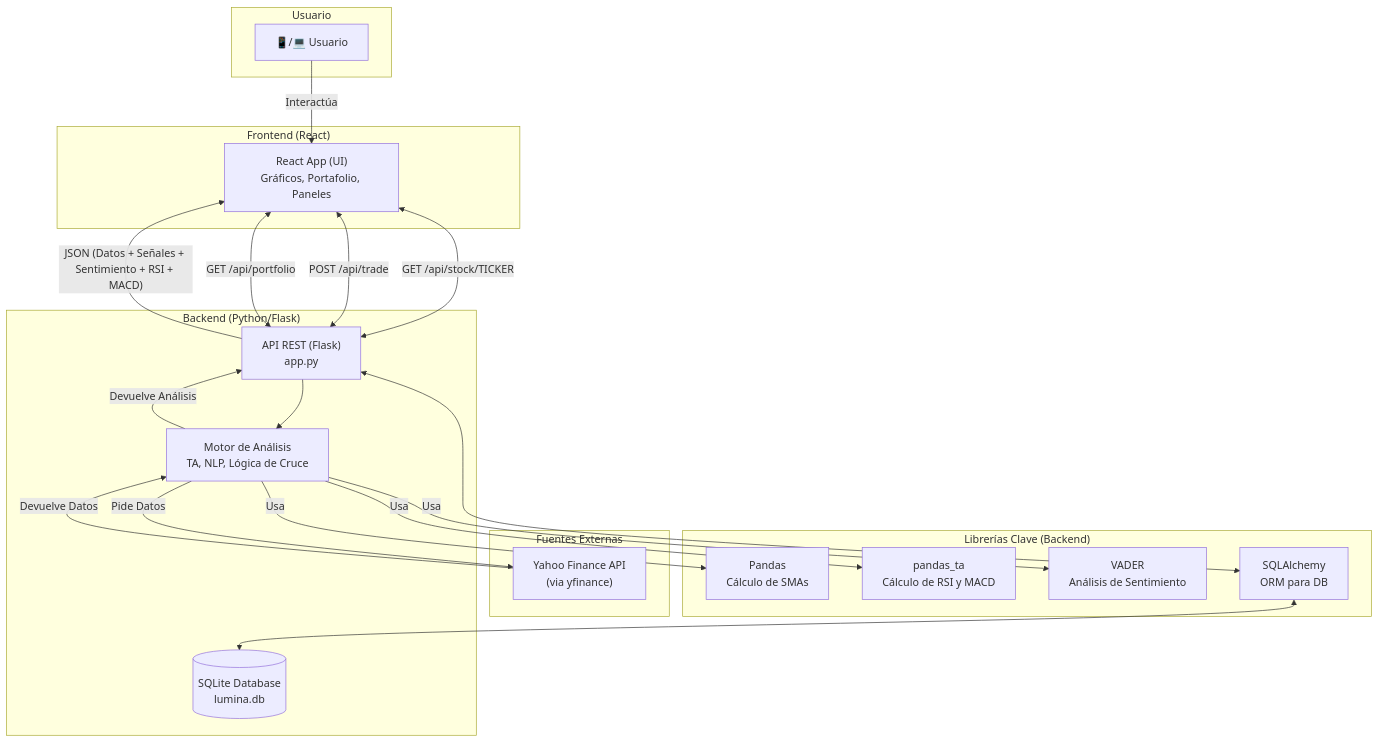
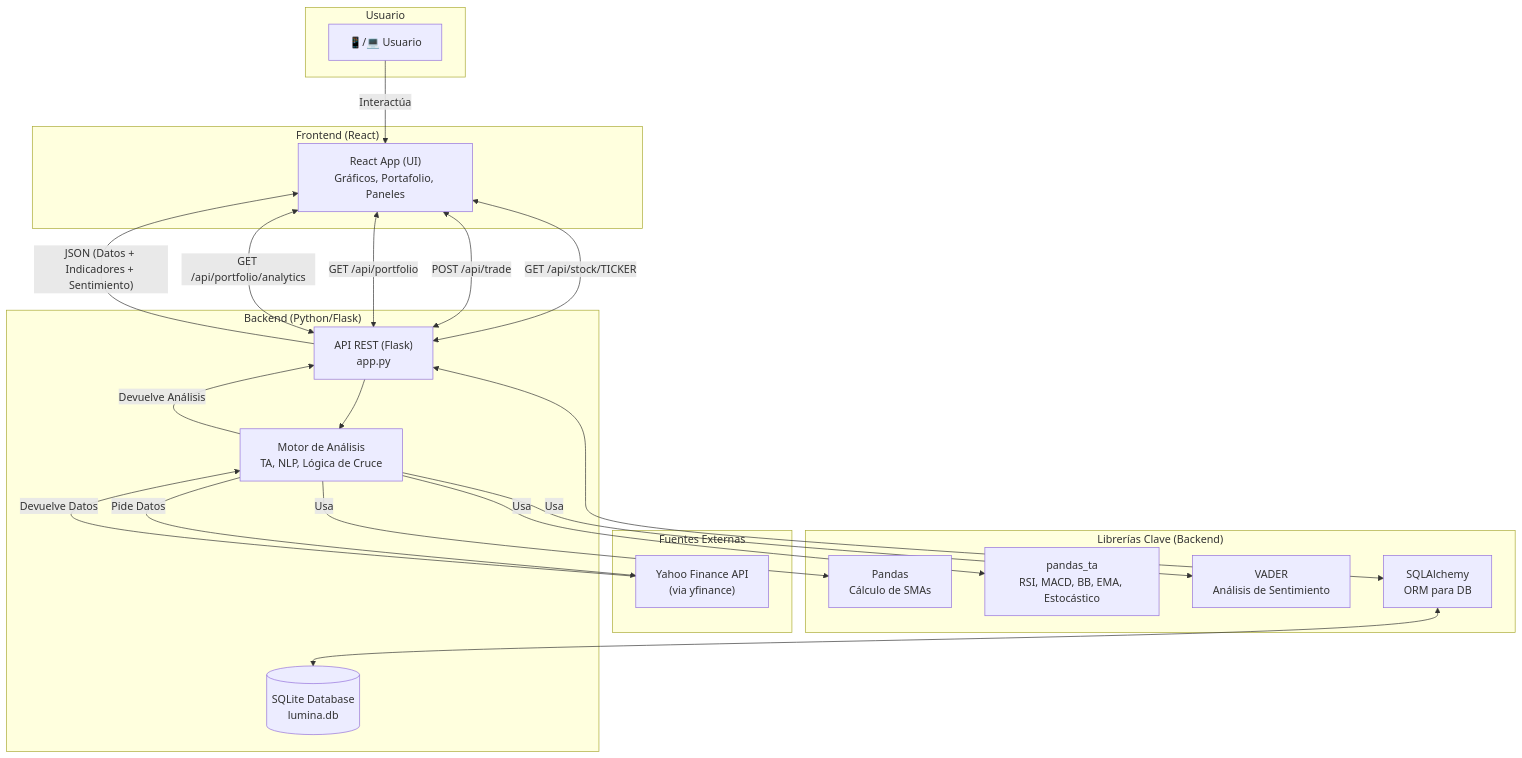
Before and after one commit to franjavi-upct-es/lumina_project: the first of 2 diagrams in README.md, drawn with Mermaid. The commit also changed other lines of this file and 23 other files, not shown here.

````diff
--- a/README.md
+++ b/README.md
@@ -62,38 +88,39 @@
 ```mermaid
 graph TD
     subgraph "Usuario"
         U[📱/💻 Usuario]
     end
     subgraph "Frontend (React)"
         F["React App (UI)<br>Gráficos, Portafolio, Paneles"]
     end
     subgraph "Backend (Python/Flask)"
         B["API REST (Flask)<br>app.py"]
         M[Motor de Análisis<br>TA, NLP, Lógica de Cruce]
         DB[(SQLite Database<br>lumina.db)]
     end
     subgraph "Fuentes Externas"
         YF["Yahoo Finance API<br>(via yfinance)"]
     end
     subgraph "Librerías Clave (Backend)"
         P[Pandas<br>Cálculo de SMAs]
-        PT[pandas_ta<br>Cálculo de RSI y MACD]
+        PT[pandas_ta<br>RSI, MACD, BB, EMA, Estocástico]
         V[VADER<br>Análisis de Sentimiento]
         SA[SQLAlchemy<br>ORM para DB]
     end
 
     U -- Interactúa --> F
     F <-->|GET /api/stock/TICKER| B
     F <-->|POST /api/trade| B
     F <-->|GET /api/portfolio| B
+    F <-->|GET /api/portfolio/analytics| B
     B --> M
     M -- Pide Datos --> YF
     M -- Usa --> P
     M -- Usa --> PT
     M -- Usa --> V
     B <--> SA
     SA <--> DB
     YF -- Devuelve Datos --> M
     M -- Devuelve Análisis --> B
-    B -->|"JSON (Datos + Señales + Sentimiento + RSI + MACD)"| F
+    B -->|"JSON (Datos + Indicadores + Sentimiento)"| F
 ```
````
